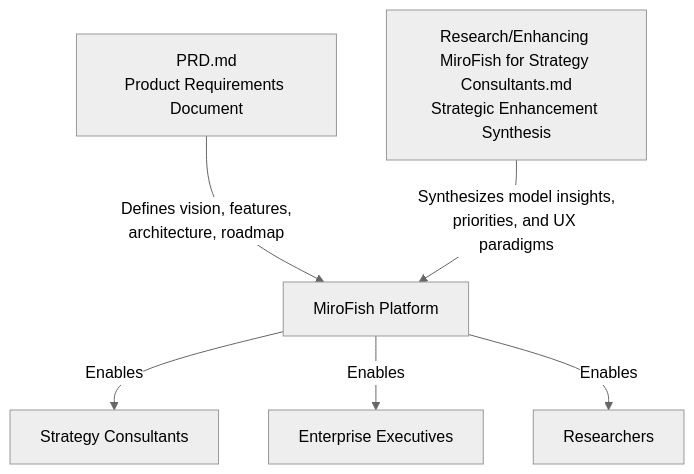
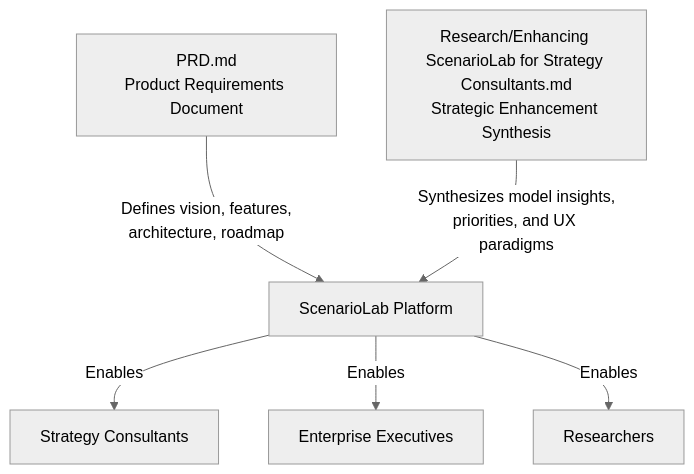
Before and after one commit to rish2jain/ScenarioLab: the first of 10 diagrams in .qoder/repowiki/en/content/Executive Summary.md, drawn with Mermaid (neutral theme). The commit also changed other lines of this file and 54 other files, not shown here.

First line of the commit message:
chore: rename MiroFish → ScenarioLab across entire codebase

````diff
--- a/.qoder/repowiki/en/content/Executive Summary.md
+++ b/.qoder/repowiki/en/content/Executive Summary.md
@@ -46,10 +46,10 @@
 ```mermaid
 graph TB
 PRD["PRD.md<br/>Product Requirements Document"]
-Research["Research/Enhancing MiroFish for Strategy Consultants.md<br/>Strategic Enhancement Synthesis"]
-PRD --> |"Defines vision, features,<br/>architecture, roadmap"| MiroFish["MiroFish Platform"]
-Research --> |"Synthesizes model insights,<br/>priorities, and UX paradigms"| MiroFish
-MiroFish --> |"Enables"| Consultants["Strategy Consultants"]
-MiroFish --> |"Enables"| Executives["Enterprise Executives"]
-MiroFish --> |"Enables"| Researchers["Researchers"]
+Research["Research/Enhancing ScenarioLab for Strategy Consultants.md<br/>Strategic Enhancement Synthesis"]
+PRD --> |"Defines vision, features,<br/>architecture, roadmap"| ScenarioLab["ScenarioLab Platform"]
+Research --> |"Synthesizes model insights,<br/>priorities, and UX paradigms"| ScenarioLab
+ScenarioLab --> |"Enables"| Consultants["Strategy Consultants"]
+ScenarioLab --> |"Enables"| Executives["Enterprise Executives"]
+ScenarioLab --> |"Enables"| Researchers["Researchers"]
 ```
````
